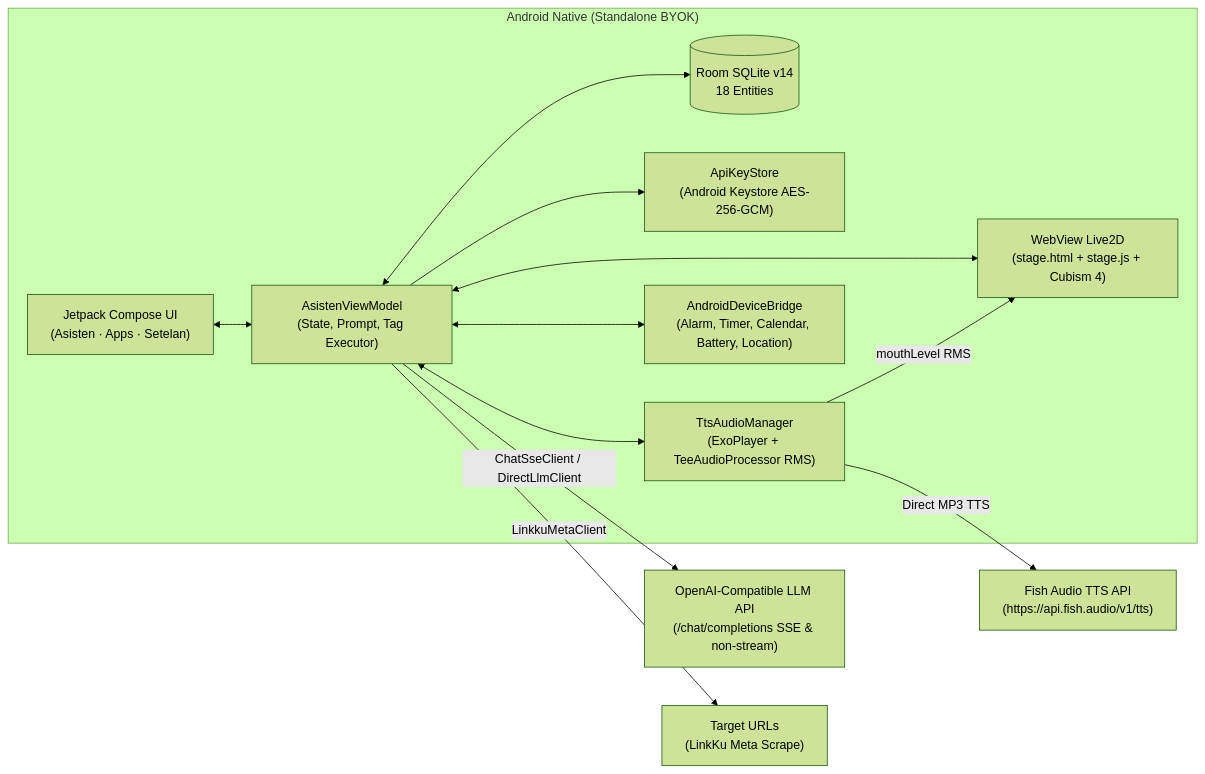
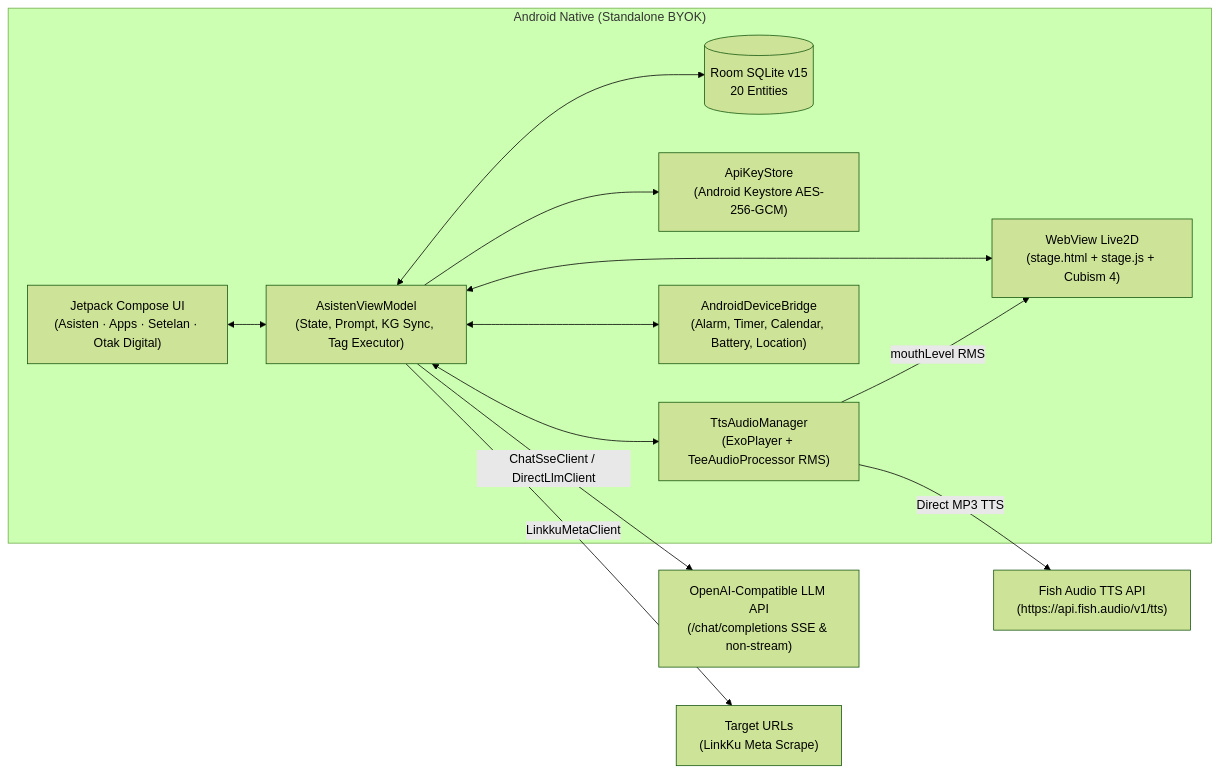
One commit to wisnuwrdh/Rem-assistant changed the diagram in README.md. Above: the diagram before and after it, drawn with Mermaid (forest theme). The commit also changed other lines of this file and 18 other files, not shown here.

Commit message:
feat(v1.2.0): add Personal Knowledge Graph, Kenali Aku, evolution tracking, and Ringkasan Memori editor

````diff
--- a/README.md
+++ b/README.md
@@ -27,27 +27,27 @@
 ```mermaid
 flowchart LR
     subgraph Android["Android Native (Standalone BYOK)"]
-        UI["Jetpack Compose UI\n(Asisten · Apps · Setelan)"]
-        VM["AsistenViewModel\n(State, Prompt, Tag Executor)"]
-        DB[("Room SQLite v14\n18 Entities")]
+        UI["Jetpack Compose UI\n(Asisten · Apps · Setelan · Otak Digital)"]
+        VM["AsistenViewModel\n(State, Prompt, KG Sync, Tag Executor)"]
+        DB[("Room SQLite v15\n20 Entities")]
         KS["ApiKeyStore\n(Android Keystore AES-256-GCM)"]
         WV["WebView Live2D\n(stage.html + stage.js + Cubism 4)"]
         EXO["TtsAudioManager\n(ExoPlayer + TeeAudioProcessor RMS)"]
         DEV["AndroidDeviceBridge\n(Alarm, Timer, Calendar, Battery, Location)"]
         UI <--> VM
         VM <--> DB
         VM --> KS
         VM <--> WV
         VM <--> EXO
         VM <--> DEV
         EXO -->|mouthLevel RMS| WV
     end
 
     LLM["OpenAI-Compatible LLM API\n(/chat/completions SSE & non-stream)"]
     FISH["Fish Audio TTS API\n(https://api.fish.audio/v1/tts)"]
     WEB["Target URLs\n(LinkKu Meta Scrape)"]
 
     VM -->|ChatSseClient / DirectLlmClient| LLM
     EXO -->|Direct MP3 TTS| FISH
     VM -->|LinkkuMetaClient| WEB
 ```
````
